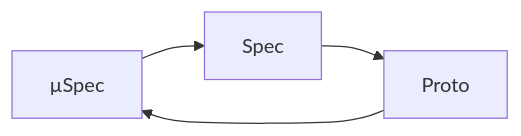
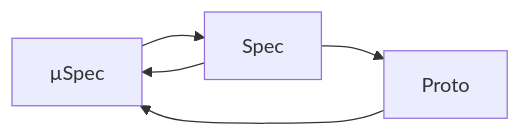
Before and after one commit to theNorstroem/fidl.furo.pro: the first of 6 diagrams in content/docs/sourceoftruth/_index.md, drawn with Mermaid. The commit also changed other lines of this file, not shown here.

```diff
--- a/content/docs/sourceoftruth/_index.md
+++ b/content/docs/sourceoftruth/_index.md
@@ -11,6 +10,7 @@
 {{< mermaid >}}
 graph LR
 µSpec --> Spec
+Spec --> Proto
 Proto --> µSpec
-Spec --> Proto
+Spec --> µSpec
 {{< /mermaid >}}
```
